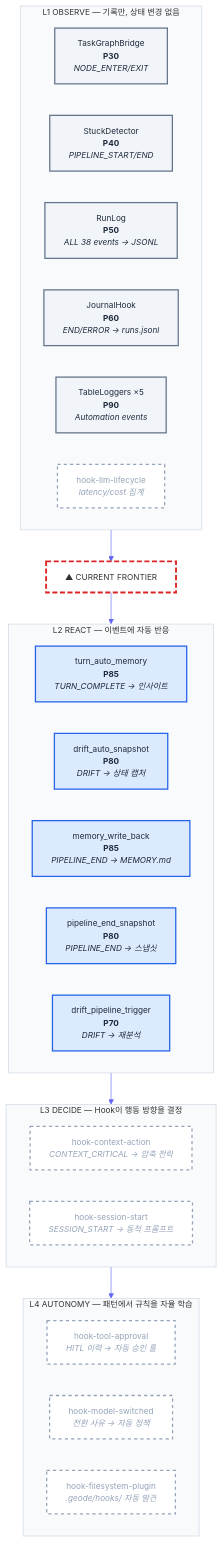
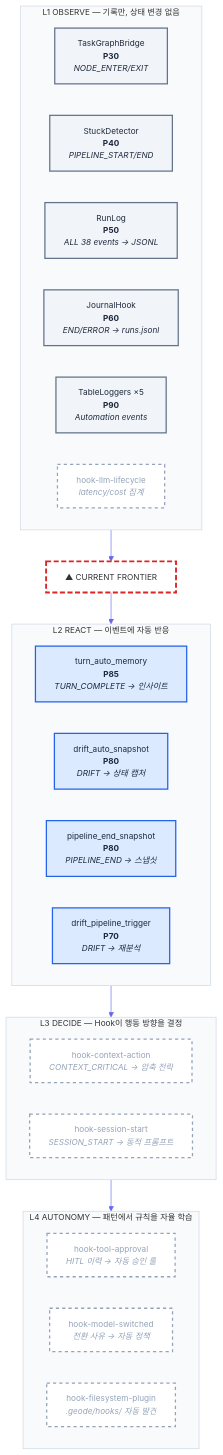
The diagram in docs/diagrams/hook-maturity-model.mmd (mangowhoiscloud/geode), drawn with Mermaid before and after one commit. The commit also changed 1 other file, not shown here.

Commit message:
docs: remove stale memory_write_back references from hook docs
Hook was removed in #574 (generated broken tier=?/score=0.00 entries).
Documentation still listed it as active in hook-system.md and
hook-maturity-model.mmd diagram.

```diff
--- a/docs/diagrams/hook-maturity-model.mmd
+++ b/docs/diagrams/hook-maturity-model.mmd
@@ -1,73 +1,72 @@
 %%{init: {
   'theme': 'default',
   'themeVariables': {
     'fontSize': '13px',
     'fontFamily': 'arial',
     'lineColor': '#6366F1',
     'primaryColor': '#dbeafe',
     'primaryBorderColor': '#3b82f6',
     'primaryTextColor': '#1e293b',
     'secondaryColor': '#fef3c7',
     'secondaryBorderColor': '#f59e0b',
     'tertiaryColor': '#dcfce7',
     'tertiaryBorderColor': '#22c55e',
     'clusterBkg': '#f8fafc',
     'clusterBorder': '#cbd5e1'
   }
 }}%%
 
 graph TB
     %% ── Styles ──
     classDef observeNode fill:#f1f5f9,stroke:#64748b,color:#1e293b,stroke-width:2px
     classDef reactNode fill:#dbeafe,stroke:#2563eb,color:#1e293b,stroke-width:2px
     classDef decideNode fill:#ede9fe,stroke:#7c3aed,color:#1e293b,stroke-width:2px
     classDef autonomyNode fill:#dcfce7,stroke:#16a34a,color:#1e293b,stroke-width:2px
     classDef eventNode fill:#fef3c7,stroke:#d97706,color:#1e293b,stroke-width:2px
     classDef plannedNode fill:#fff,stroke:#94a3b8,color:#94a3b8,stroke-width:2px,stroke-dasharray:5 5
     classDef frontierLine fill:none,stroke:#dc2626,stroke-width:3px,stroke-dasharray:8 4
     classDef labelNode fill:none,stroke:none,color:#64748b,font-size:11px
 
     %% ── L4 AUTONOMY ──
     subgraph L4 ["L4 AUTONOMY — 패턴에서 규칙을 자율 학습"]
         direction LR
         L4_TOOL["hook-tool-approval<br/><i>HITL 이력 → 자동 승인 룰</i>"]:::plannedNode
         L4_MODEL["hook-model-switched<br/><i>전환 사유 → 자동 정책</i>"]:::plannedNode
         L4_FS["hook-filesystem-plugin<br/><i>.geode/hooks/ 자동 발견</i>"]:::plannedNode
     end
 
     %% ── L3 DECIDE ──
     subgraph L3 ["L3 DECIDE — Hook이 행동 방향을 결정"]
         direction LR
         L3_CTX["hook-context-action<br/><i>CONTEXT_CRITICAL → 압축 전략</i>"]:::plannedNode
         L3_SESSION["hook-session-start<br/><i>SESSION_START → 동적 프롬프트</i>"]:::plannedNode
     end
 
     %% ── Frontier marker ──
     FRONTIER["▲ CURRENT FRONTIER"]:::frontierLine
 
     %% ── L2 REACT ──
     subgraph L2 ["L2 REACT — 이벤트에 자동 반응"]
         direction LR
         L2_TURN["turn_auto_memory<br/><b>P85</b><br/><i>TURN_COMPLETE → 인사이트</i>"]:::reactNode
         L2_DRIFT_SNAP["drift_auto_snapshot<br/><b>P80</b><br/><i>DRIFT → 상태 캡처</i>"]:::reactNode
-        L2_MEM["memory_write_back<br/><b>P85</b><br/><i>PIPELINE_END → MEMORY.md</i>"]:::reactNode
         L2_SNAP["pipeline_end_snapshot<br/><b>P80</b><br/><i>PIPELINE_END → 스냅샷</i>"]:::reactNode
         L2_TRIG["drift_pipeline_trigger<br/><b>P70</b><br/><i>DRIFT → 재분석</i>"]:::reactNode
     end
 
     %% ── L1 OBSERVE ──
     subgraph L1 ["L1 OBSERVE — 기록만, 상태 변경 없음"]
         direction LR
         L1_TASK["TaskGraphBridge<br/><b>P30</b><br/><i>NODE_ENTER/EXIT</i>"]:::observeNode
         L1_STUCK["StuckDetector<br/><b>P40</b><br/><i>PIPELINE_START/END</i>"]:::observeNode
         L1_RUNLOG["RunLog<br/><b>P50</b><br/><i>ALL 38 events → JSONL</i>"]:::observeNode
         L1_JOURNAL["JournalHook<br/><b>P60</b><br/><i>END/ERROR → runs.jsonl</i>"]:::observeNode
         L1_LOGGERS["TableLoggers ×5<br/><b>P90</b><br/><i>Automation events</i>"]:::observeNode
         L1_LLM["hook-llm-lifecycle<br/><i>latency/cost 집계</i>"]:::plannedNode
     end
 
     %% ── Vertical flow (maturity progression) ──
     L1 --> FRONTIER
     FRONTIER --> L2
     L2 --> L3
     L3 --> L4
```
